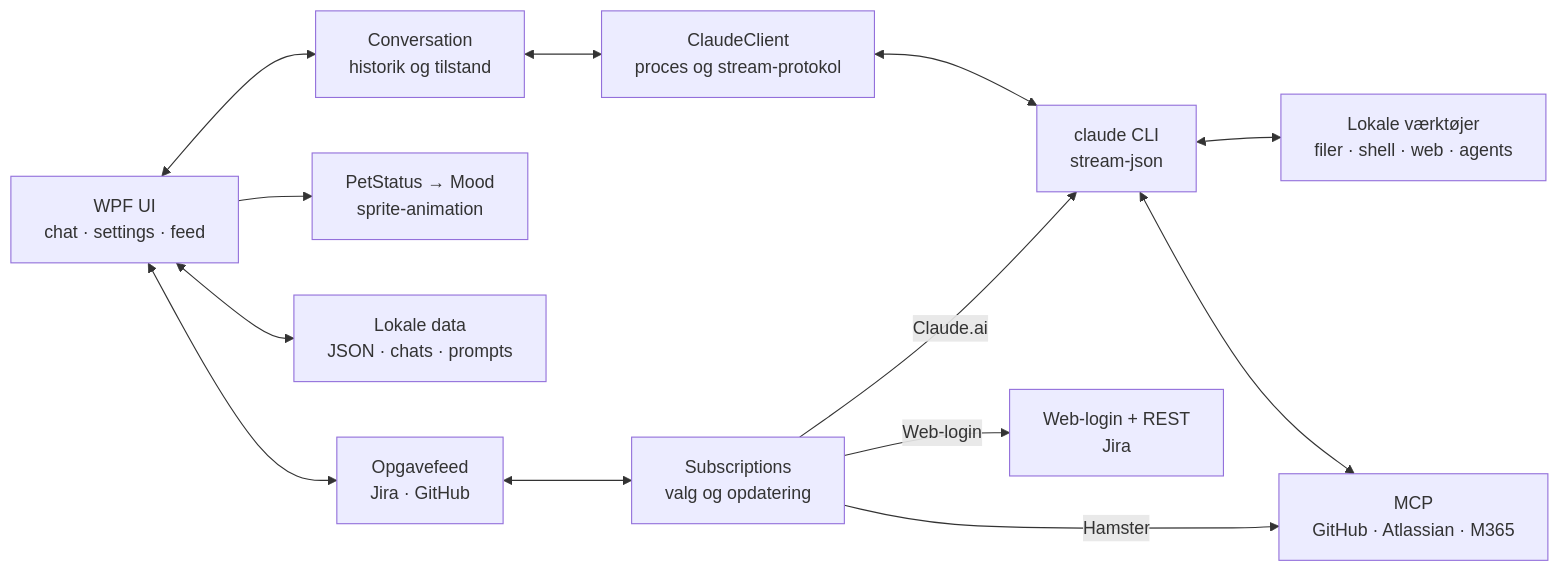
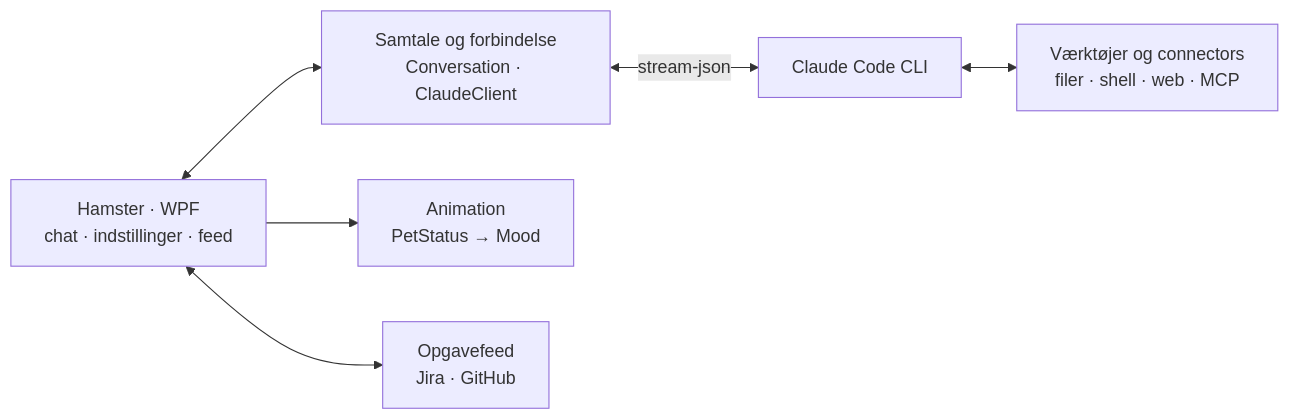
The first of 2 diagrams in README.md (JLandbo/hamster-pet), drawn with Mermaid before and after one commit. The commit also changed other lines of this file, not shown here.

````diff
--- a/README.md
+++ b/README.md
@@ -51,27 +52,15 @@
 ```mermaid
 flowchart LR
-    UI["WPF UI<br/>chat · settings · feed"]
-    Conversation["Conversation<br/>historik og tilstand"]
-    ClaudeClient["ClaudeClient<br/>proces og stream-protokol"]
-    CLI["claude CLI<br/>stream-json"]
-    Tools["Lokale værktøjer<br/>filer · shell · web · agents"]
-    MCP["MCP<br/>GitHub · Atlassian · M365"]
-    Pet["PetStatus → Mood<br/>sprite-animation"]
-    Data["Lokale data<br/>JSON · chats · prompts"]
+    UI["Hamster · WPF<br/>chat · indstillinger · feed"]
+    Chat["Samtale og forbindelse<br/>Conversation · ClaudeClient"]
+    CLI["Claude Code CLI"]
+    Tools["Værktøjer og connectors<br/>filer · shell · web · MCP"]
+    Pet["Animation<br/>PetStatus → Mood"]
     Feed["Opgavefeed<br/>Jira · GitHub"]
-    Subscriptions["Subscriptions<br/>valg og opdatering"]
-    Web["Web-login + REST<br/>Jira"]
 
-    UI <--> Conversation
-    Conversation <--> ClaudeClient
-    ClaudeClient <--> CLI
+    UI <--> Chat
+    Chat <-->|stream-json| CLI
     CLI <--> Tools
-    CLI <--> MCP
     UI --> Pet
-    UI <--> Data
     UI <--> Feed
-    Feed <--> Subscriptions
-    Subscriptions -->|Hamster| MCP
-    Subscriptions -->|Claude.ai| CLI
-    Subscriptions -->|Web-login| Web
 ```
````
